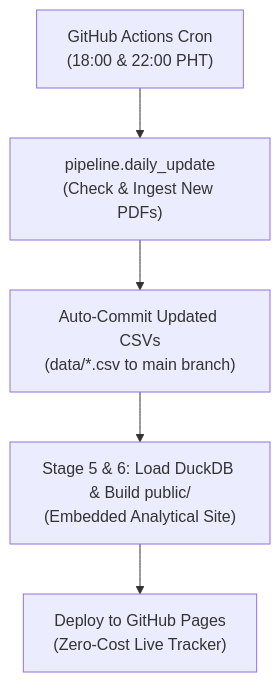
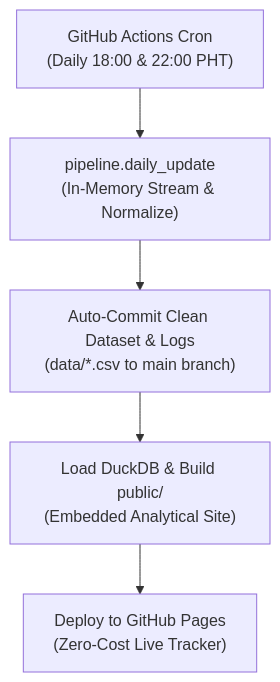
One commit to LeinnarF/Philippine-Commodity-Price-Tracker changed the second of 2 diagrams in README.md. Above: the diagram before and after it, drawn with Mermaid. The commit also changed other lines of this file and 22 other files, not shown here.

First line of the commit message:
refactor(pipeline): streamline to single cleaned dataset, pure observed prices, and uv CI

````diff
--- a/README.md
+++ b/README.md
@@ -191,7 +179,7 @@
 ```mermaid
 flowchart TD
-    Cron["GitHub Actions Cron<br/>(18:00 & 22:00 PHT)"] --> Sync["pipeline.daily_update<br/>(Check & Ingest New PDFs)"]
-    Sync --> Commit["Auto-Commit Updated CSVs<br/>(data/*.csv to main branch)"]
-    Commit --> Build["Stage 5 & 6: Load DuckDB & Build public/<br/>(Embedded Analytical Site)"]
+    Cron["GitHub Actions Cron<br/>(Daily 18:00 & 22:00 PHT)"] --> Sync["pipeline.daily_update<br/>(In-Memory Stream & Normalize)"]
+    Sync --> Commit["Auto-Commit Clean Dataset & Logs<br/>(data/*.csv to main branch)"]
+    Commit --> Build["Load DuckDB & Build public/<br/>(Embedded Analytical Site)"]
     Build --> Pages["Deploy to GitHub Pages<br/>(Zero-Cost Live Tracker)"]
 ```
````
